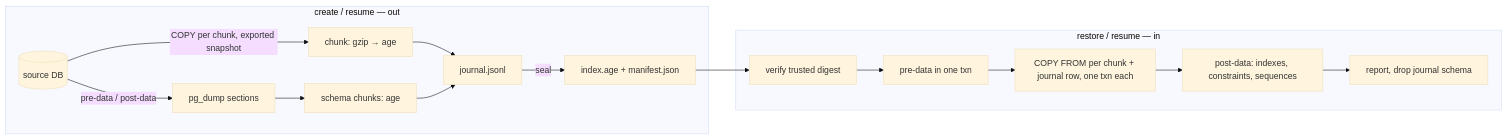
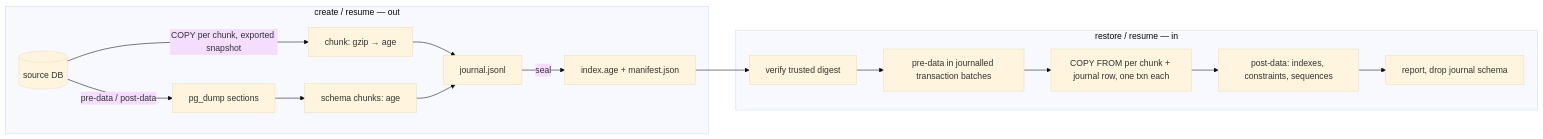
Before and after one commit to open-mercato/open-mercato: the diagram in .ai/specs/enterprise/2026-11-06-cli-backup-restore.md, drawn with Mermaid (base theme). The commit also changed other lines of this file, not shown here.

````diff
--- a/.ai/specs/enterprise/2026-11-06-cli-backup-restore.md
+++ b/.ai/specs/enterprise/2026-11-06-cli-backup-restore.md
@@ -41,18 +41,18 @@
 ```mermaid
 flowchart LR
   subgraph Backup [create / resume — out]
     S[(source DB)] -->|pre-data / post-data| PD[pg_dump sections]
     S -->|COPY per chunk, exported snapshot| CH[chunk: gzip → age]
     PD --> SC[schema chunks: age]
     CH --> J1[journal.jsonl]
     SC --> J1
     J1 -->|seal| M[index.age + manifest.json]
   end
   subgraph Restore [restore / resume — in]
     M --> V[verify trusted digest]
-    V --> PRE[pre-data in one txn]
+    V --> PRE[pre-data in journalled transaction batches]
     PRE --> L[COPY FROM per chunk + journal row, one txn each]
     L --> POST[post-data: indexes, constraints, sequences]
     POST --> R[report, drop journal schema]
   end
 ```
````
